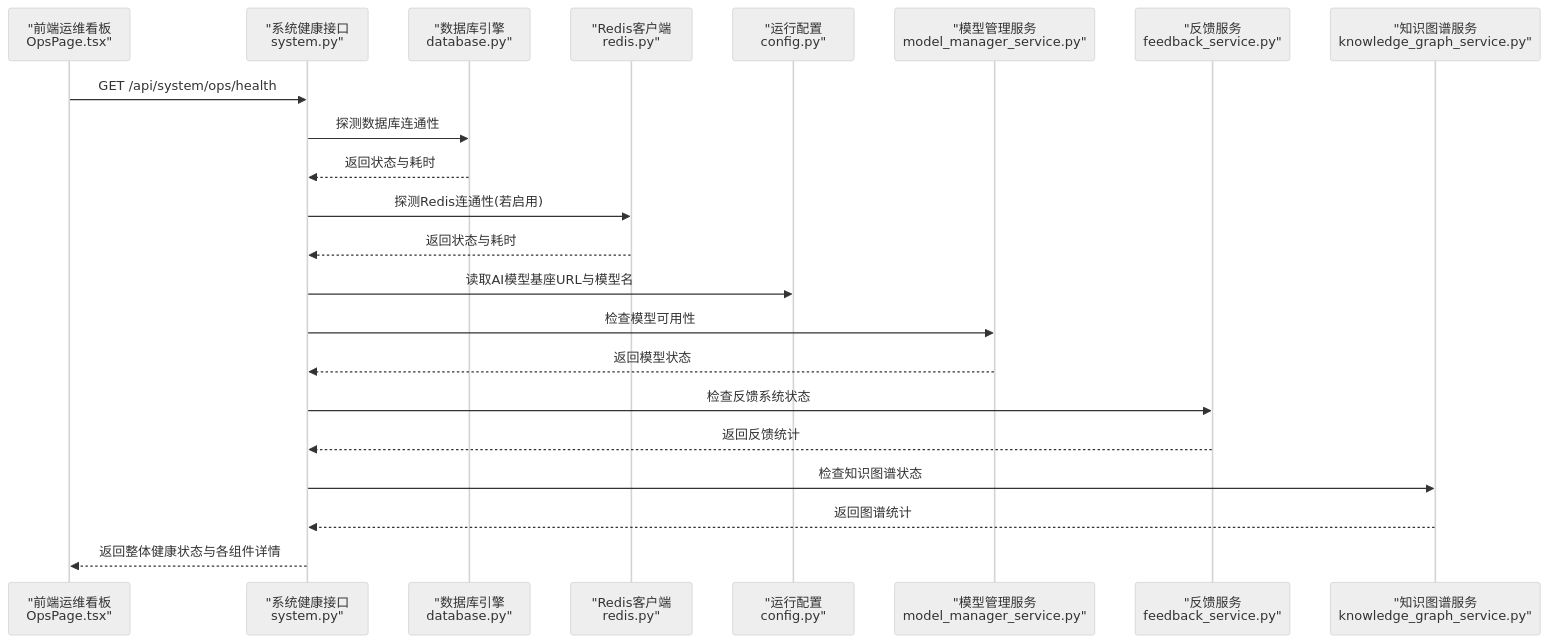
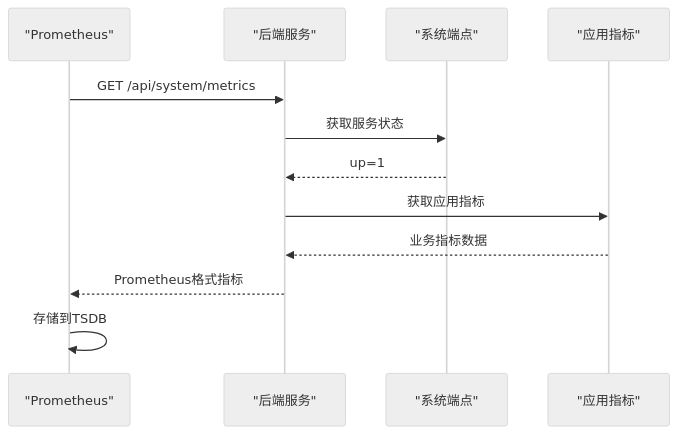
The second of 8 diagrams in .qoder/repowiki/zh/content/系统管理/监控告警系统.md (dream-ze/AI_huoke-), drawn with Mermaid (neutral theme) before and after one commit. The commit also changed other lines of this file and 95 other files, not shown here.

````diff
--- a/.qoder/repowiki/zh/content/系统管理/监控告警系统.md
+++ b/.qoder/repowiki/zh/content/系统管理/监控告警系统.md
@@ -142,24 +125,14 @@
 ```mermaid
 sequenceDiagram
-participant FE as "前端运维看板<br/>OpsPage.tsx"
-participant API as "系统健康接口<br/>system.py"
-participant DB as "数据库引擎<br/>database.py"
-participant RDS as "Redis客户端<br/>redis.py"
-participant CFG as "运行配置<br/>config.py"
-participant MODEL as "模型管理服务<br/>model_manager_service.py"
-participant FEEDBACK as "反馈服务<br/>feedback_service.py"
-participant GRAPH as "知识图谱服务<br/>knowledge_graph_service.py"
-FE->>API : GET /api/system/ops/health
-API->>DB : 探测数据库连通性
-DB-->>API : 返回状态与耗时
-API->>RDS : 探测Redis连通性(若启用)
-RDS-->>API : 返回状态与耗时
-API->>CFG : 读取AI模型基座URL与模型名
-API->>MODEL : 检查模型可用性
-MODEL-->>API : 返回模型状态
-API->>FEEDBACK : 检查反馈系统状态
-FEEDBACK-->>API : 返回反馈统计
-API->>GRAPH : 检查知识图谱状态
-GRAPH-->>API : 返回图谱统计
-API-->>FE : 返回整体健康状态与各组件详情
+participant PROM as "Prometheus"
+participant BACKEND as "后端服务"
+participant SYS as "系统端点"
+participant MET as "应用指标"
+PROM->>BACKEND : GET /api/system/metrics
+BACKEND->>SYS : 获取服务状态
+SYS-->>BACKEND : up=1
+BACKEND->>MET : 获取应用指标
+MET-->>BACKEND : 业务指标数据
+BACKEND-->>PROM : Prometheus格式指标
+PROM->>PROM : 存储到TSDB
 ```
````
